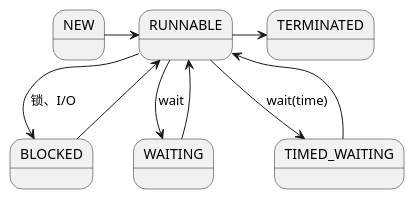
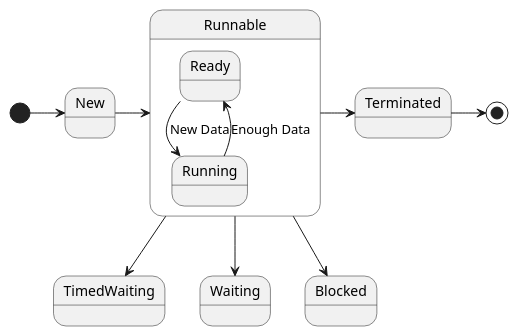
One commit to onlyonion/development changed the second of 2 diagrams in 10-java/src/rt.jar.src/java/lang/Thread.md. Above: the diagram before and after it, drawn with PlantUML. The commit also changed 42 other files, not shown here.

````diff
--- a/10-java/src/rt.jar.src/java/lang/Thread.md
+++ b/10-java/src/rt.jar.src/java/lang/Thread.md
@@ -47,19 +47,21 @@
 ```plantuml
 @startuml
 
-NEW -right-> RUNNABLE
+[*] -right-> New
 
-state RUNNABLE {
+New -right-> Runnable
+
+state Runnable {
+  Ready --> Running : New Data
+  Running --> Ready : Enough Data
 }
 
-RUNNABLE --> BLOCKED : 锁、I/O
-RUNNABLE --> WAITING : wait
-RUNNABLE --> TIMED_WAITING : wait(time)
+Runnable --> TimedWaiting
+Runnable --> Waiting
+Runnable --> Blocked
 
-BLOCKED --> RUNNABLE
-WAITING --> RUNNABLE
-TIMED_WAITING --> RUNNABLE
+Runnable -right-> Terminated
+Terminated -right-> [*]
 
-RUNNABLE -right-> TERMINATED
 @enduml
 ```
````
